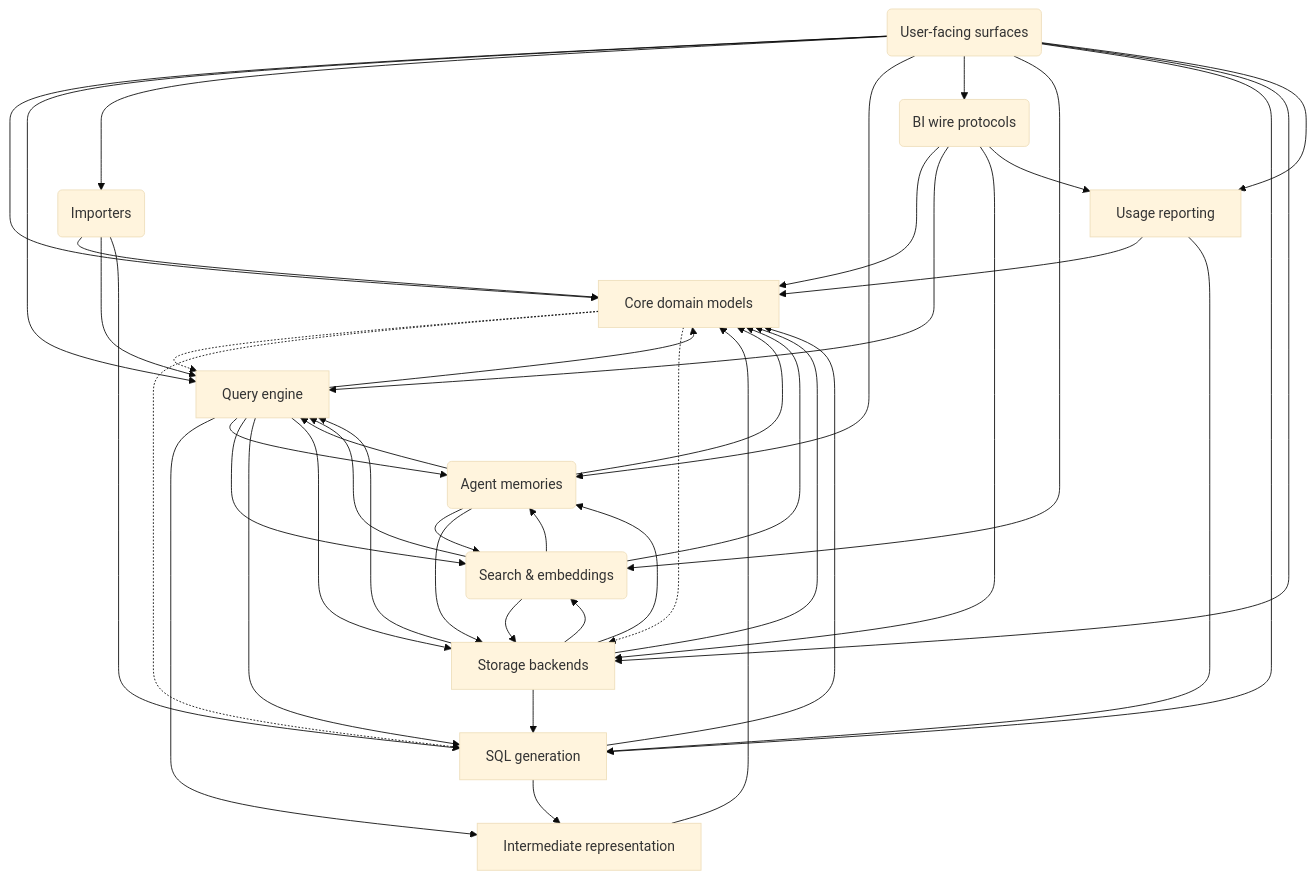
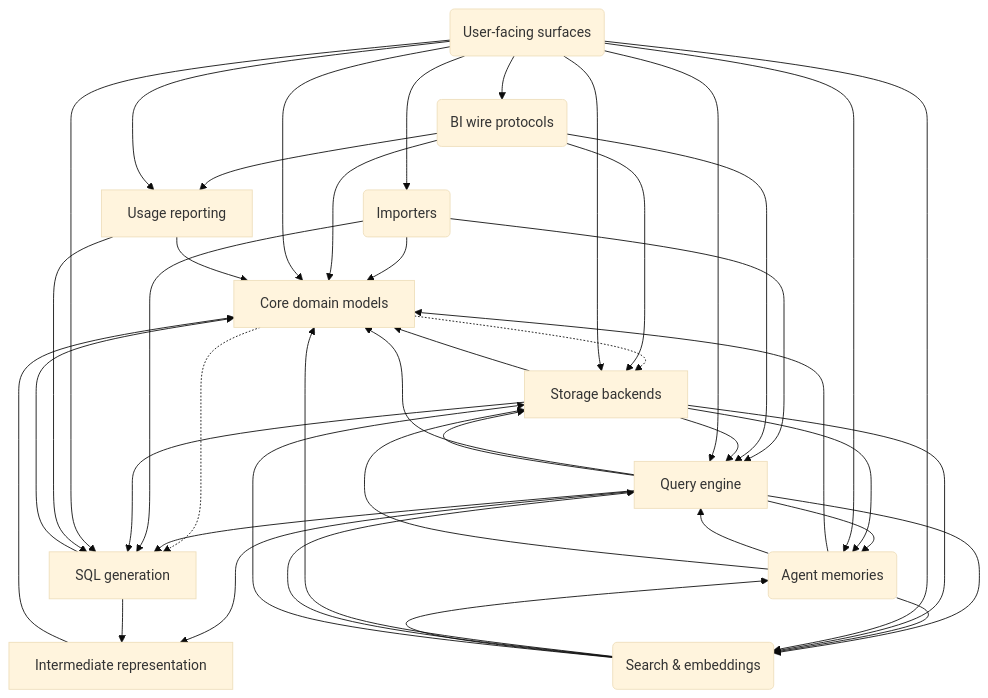
Before and after one commit to MotleyAI/slayer: the diagram in architecture/system.arc42.md, drawn with Mermaid (base theme). The commit also changed other lines of this file and 71 other files, not shown here.

````diff
--- a/architecture/system.arc42.md
+++ b/architecture/system.arc42.md
@@ -17,58 +17,57 @@
 ```mermaid
 flowchart TD
   %% landscape: SLayer landscape
   core["Core domain models"]
   sql["SQL generation"]
   engine["Query engine"]
   ir["Intermediate representation"]
   storage["Storage backends"]
   importers("Importers")
   search("Search & embeddings")
   memories("Agent memories")
   protocols("BI wire protocols")
   usage_reporting["Usage reporting"]
   surfaces("User-facing surfaces")
-  core -.-> engine
   core -.-> sql
   core -.-> storage
   engine --> core
   engine --> ir
   engine --> memories
   engine --> search
   engine --> sql
   engine --> storage
   importers --> core
   importers --> engine
   importers --> sql
   ir --> core
   memories --> core
   memories --> engine
   memories --> search
   memories --> storage
   protocols --> core
   protocols --> engine
   protocols --> storage
   search --> core
   search --> engine
   search --> memories
   search --> storage
   sql --> core
   sql --> ir
   storage --> core
   storage --> engine
   storage --> memories
   storage --> search
   storage --> sql
   surfaces --> core
   surfaces --> engine
   surfaces --> importers
   surfaces --> memories
   surfaces --> protocols
   surfaces --> search
   surfaces --> sql
   surfaces --> storage
   protocols --> usage_reporting
   surfaces --> usage_reporting
   usage_reporting --> core
   usage_reporting --> sql
 ```
````
